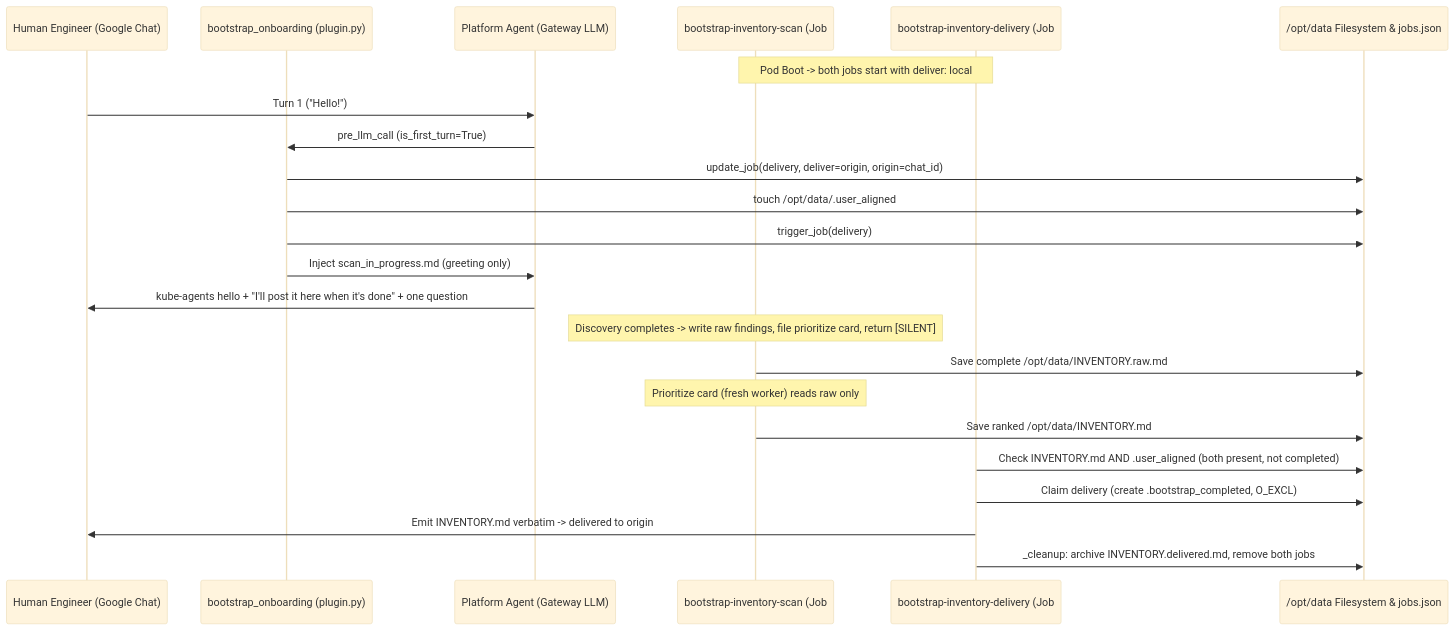
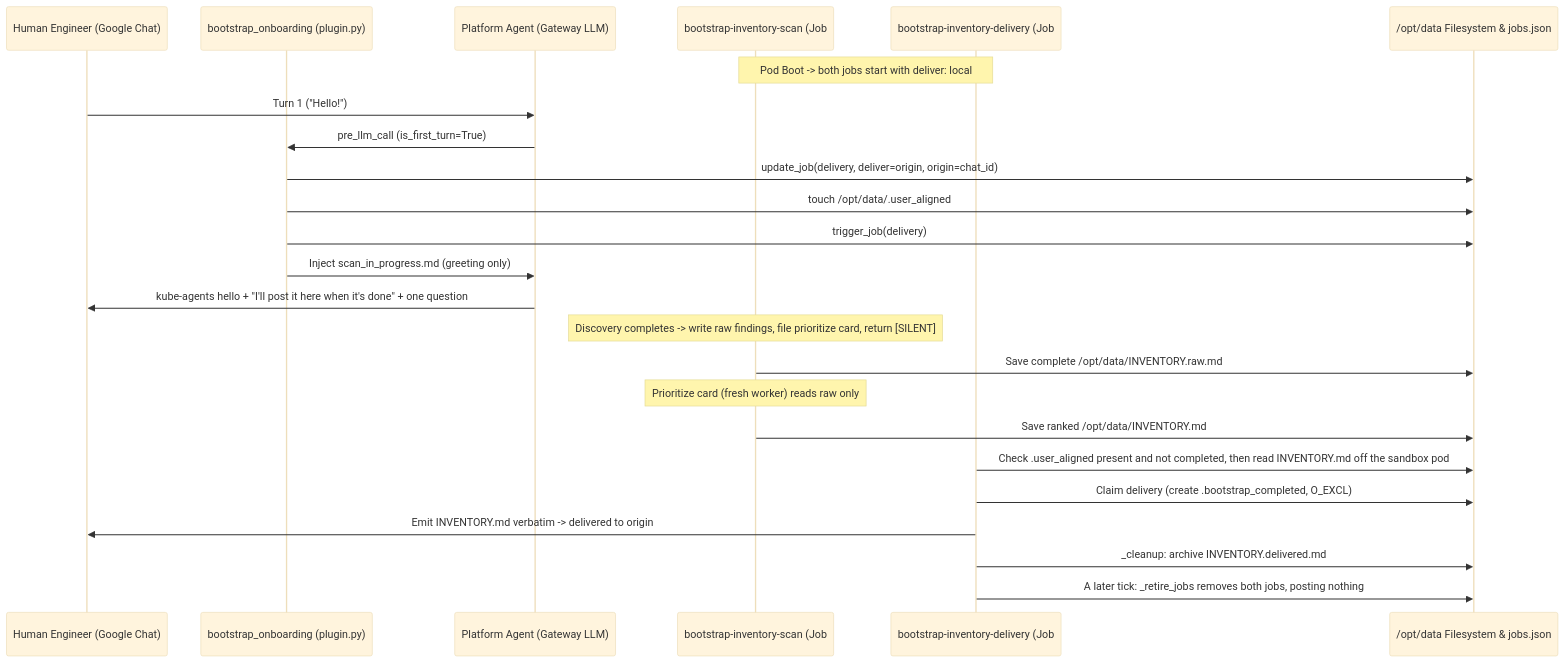
Before and after one commit to Fuxiao-Gao/kube-agents: the second of 3 diagrams in agents/chat/defaults/plugins/bootstrap_onboarding/README.md, drawn with Mermaid (base theme). The commit also changed other lines of this file and 35 other files, not shown here.

Commit message:
fix(onboarding): rank and deliver the onboarding inventory report from the shell sandbox (#2167)

````diff
--- a/agents/chat/defaults/plugins/bootstrap_onboarding/README.md
+++ b/agents/chat/defaults/plugins/bootstrap_onboarding/README.md
@@ -115,26 +116,27 @@
 ```mermaid
 sequenceDiagram
     participant User as Human Engineer (Google Chat)
     participant Hook as bootstrap_onboarding (plugin.py)
     participant Agent as Platform Agent (Gateway LLM)
     participant Scan as bootstrap-inventory-scan (Job #1, LLM)
     participant Deliver as bootstrap-inventory-delivery (Job #2, no_agent script)
     participant Disk as /opt/data Filesystem & jobs.json
 
     Note over Scan,Deliver: Pod Boot -> both jobs start with deliver: local
     User->>Agent: Turn 1 ("Hello!")
     Agent->>Hook: pre_llm_call (is_first_turn=True)
     Hook->>Disk: update_job(delivery, deliver=origin, origin=chat_id)
     Hook->>Disk: touch /opt/data/.user_aligned
     Hook->>Disk: trigger_job(delivery)
     Hook->>Agent: Inject scan_in_progress.md (greeting only)
     Agent->>User: kube-agents hello + "I'll post it here when it's done" + one question
     Note over Scan: Discovery completes -> write raw findings, file prioritize card, return [SILENT]
     Scan->>Disk: Save complete /opt/data/INVENTORY.raw.md
     Note over Scan: Prioritize card (fresh worker) reads raw only
     Scan->>Disk: Save ranked /opt/data/INVENTORY.md
-    Deliver->>Disk: Check INVENTORY.md AND .user_aligned (both present, not completed)
+    Deliver->>Disk: Check .user_aligned present and not completed, then read INVENTORY.md off the sandbox pod
     Deliver->>Disk: Claim delivery (create .bootstrap_completed, O_EXCL)
     Deliver->>User: Emit INVENTORY.md verbatim -> delivered to origin
-    Deliver->>Disk: _cleanup: archive INVENTORY.delivered.md, remove both jobs
+    Deliver->>Disk: _cleanup: archive INVENTORY.delivered.md
+    Deliver->>Disk: A later tick: _retire_jobs removes both jobs, posting nothing
 ```
````
